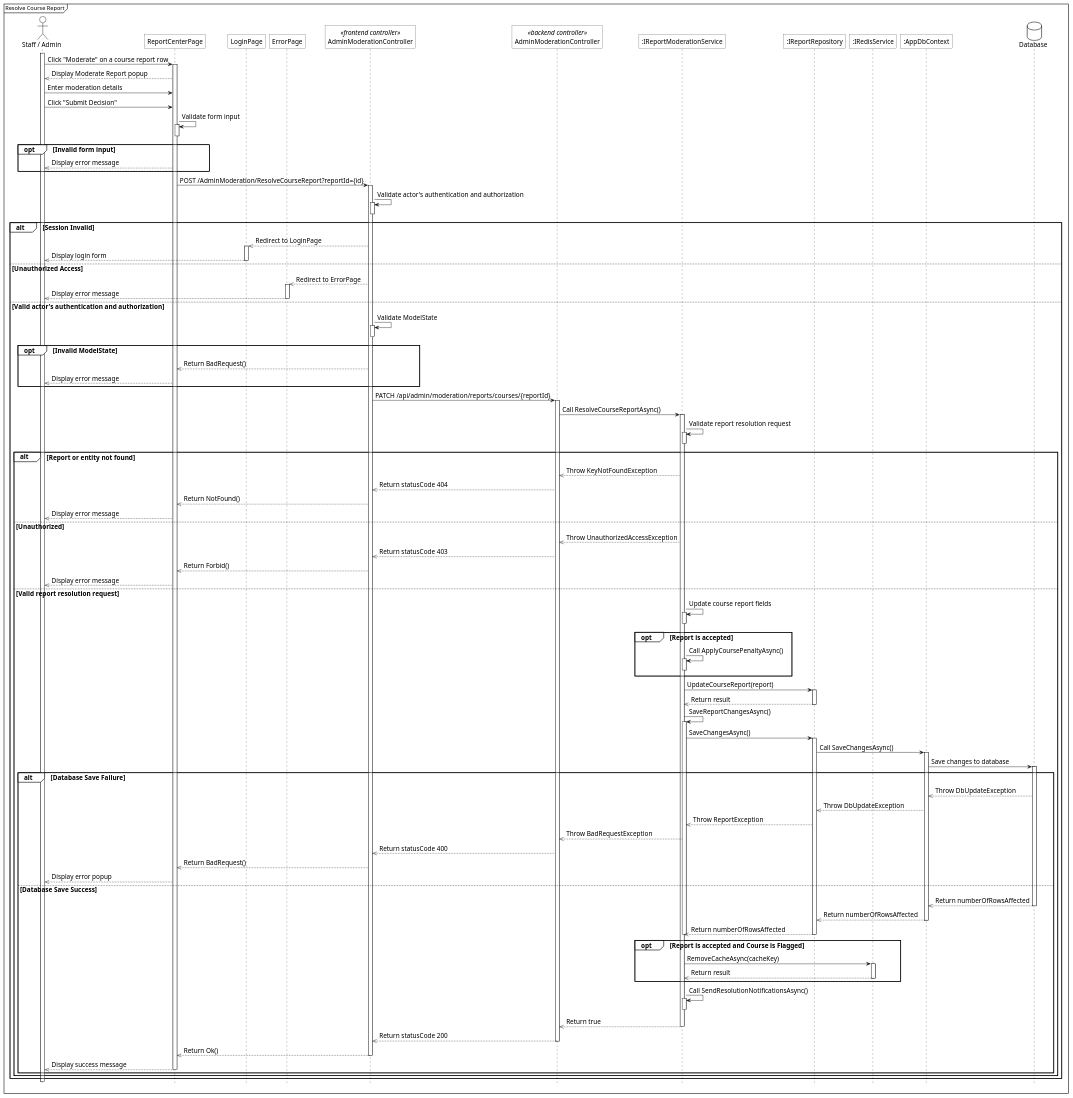
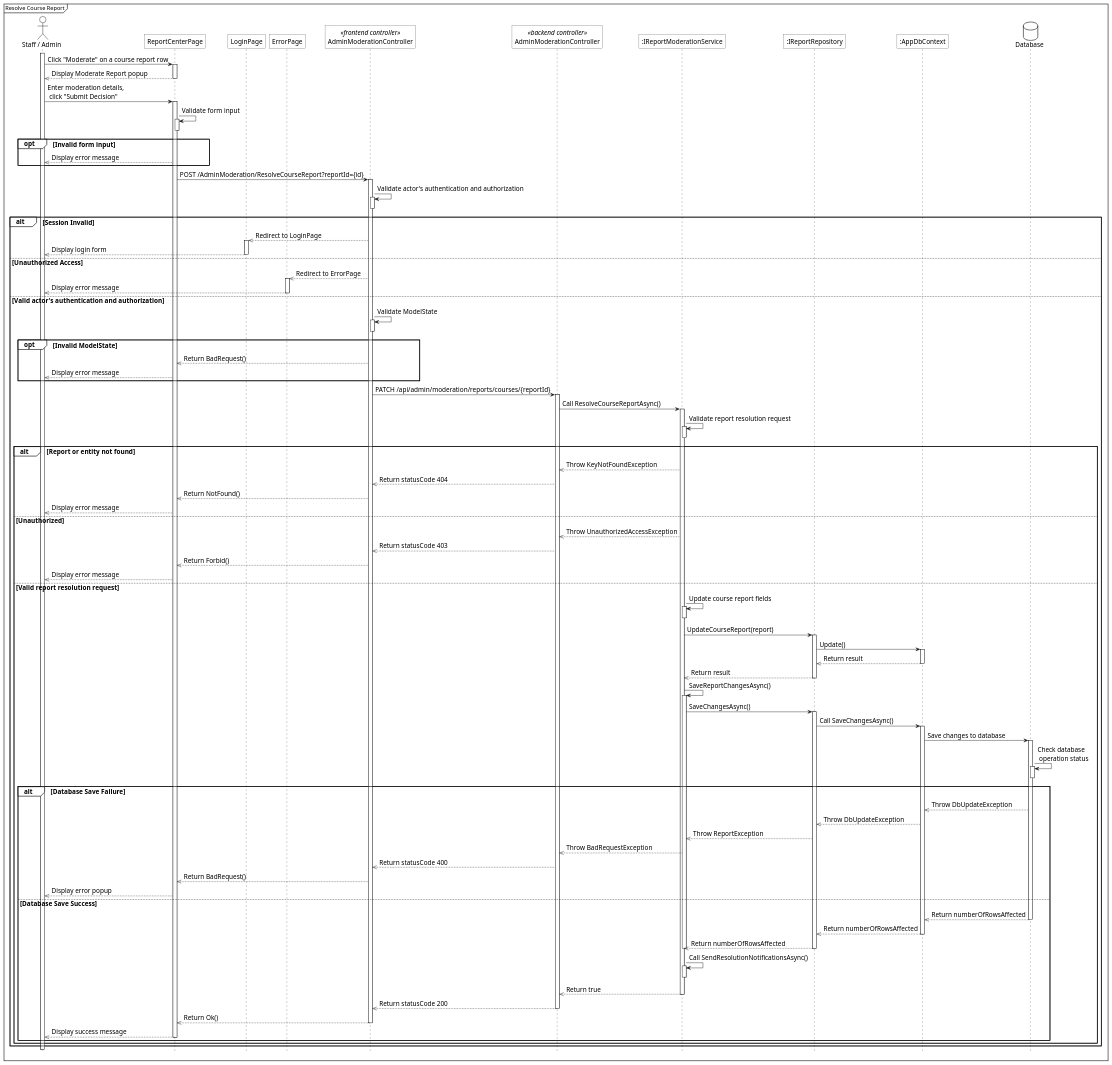
Before and after one commit to 1000do/Linked: the diagram in diagrams/sequence/report/resolve_report/sq_resolve_course_report.plantuml, drawn with PlantUML. The commit also changed 22 other files, not shown here.

Commit message:
update sequence of report, models, publish course

```diff
--- a/diagrams/sequence/report/resolve_report/sq_resolve_course_report.plantuml
+++ b/diagrams/sequence/report/resolve_report/sq_resolve_course_report.plantuml
@@ -1,148 +1,141 @@
 @startuml 
 <style>
     sequenceDiagram{
         FontSize 16
 
         arrow {
             ' Set the maximum width of the text on arrows
             MaximumWidth 300
 
         }
         actor{
             BackgroundColor white
             LineThickness 1.0
         }
         participant{
             BackgroundColor white
             RoundCorner 0
         }
         database{
             BackgroundColor white
         }
         groupHeader{
             BackgroundColor white
         }
         referenceHeader{
             BackgroundColor white
         }
         reference{
             BackgroundColor white
         }
     }
 </style>
 
 hide footbox
 mainframe Resolve Course Report
 
 actor "Staff / Admin" as act
 participant "ReportCenterPage" as view
 participant "LoginPage" as login_view
 participant "ErrorPage" as error_view
 participant "AdminModerationController" as fe_ctrl <<frontend controller>>
 participant "AdminModerationController" as be_ctrl <<backend controller>>
 participant ":IReportModerationService" as sv
 participant ":IReportRepository" as repo
-participant ":IRedisService" as redis
+' participant ":IRedisService" as redis
 participant ":AppDbContext" as ctx
 database Database as db
 
 act ++
 act -> view++: Click "Moderate" on a course report row
-view -->> act: Display Moderate Report popup
-act -> view: Enter moderation details
-act -> view: Click "Submit Decision"
+view -->> act--: Display Moderate Report popup
+act -> view++: Enter moderation details,\n click "Submit Decision"
 
 view -> view++: Validate form input
 view--
 
 opt Invalid form input
     view -->> act: Display error message
 end
 
 view -> fe_ctrl++: POST /AdminModeration/ResolveCourseReport?reportId={id}
 
 fe_ctrl -> fe_ctrl++: Validate actor's authentication and authorization
 fe_ctrl--
 
 alt Session Invalid
     fe_ctrl -->> login_view: Redirect to LoginPage
     activate login_view
     login_view -->> act--: Display login form
 else Unauthorized Access
     fe_ctrl -->> error_view: Redirect to ErrorPage
     activate error_view
     error_view -->> act--: Display error message
 else Valid actor's authentication and authorization
     fe_ctrl -> fe_ctrl++: Validate ModelState
     fe_ctrl--
 
     opt Invalid ModelState
         fe_ctrl -->> view: Return BadRequest()
         view -->> act: Display error message
     end
 
     fe_ctrl -> be_ctrl++: PATCH /api/admin/moderation/reports/courses/{reportId}
 
     be_ctrl -> sv++: Call ResolveCourseReportAsync()
 
     sv -> sv++: Validate report resolution request
     sv--
 
     alt Report or entity not found
         sv -->> be_ctrl: Throw KeyNotFoundException
         be_ctrl -->> fe_ctrl: Return statusCode 404
         fe_ctrl -->> view: Return NotFound()
         view -->> act: Display error message
     else Unauthorized
         sv -->> be_ctrl: Throw UnauthorizedAccessException
         be_ctrl -->> fe_ctrl: Return statusCode 403
         fe_ctrl -->> view: Return Forbid()
         view -->> act: Display error message
     else Valid report resolution request
         sv -> sv++: Update course report fields
         sv--
 
-    opt Report is accepted
-        sv -> sv++: Call ApplyCoursePenaltyAsync()
-        sv--
-    end
-
     sv -> repo++: UpdateCourseReport(report)
+    repo -> ctx++: Update()
+    ctx-->>repo--: Return result
     repo -->> sv--: Return result
 
     sv -> sv++: SaveReportChangesAsync()
     sv -> repo++: SaveChangesAsync()
     repo -> ctx++: Call SaveChangesAsync()
     ctx -> db++: Save changes to database
-
+    db -> db++: Check database\n operation status
+    db--
     alt Database Save Failure
         db -->> ctx: Throw DbUpdateException
         ctx -->> repo: Throw DbUpdateException
         repo -->> sv: Throw ReportException
         sv -->> be_ctrl: Throw BadRequestException
         be_ctrl -->> fe_ctrl: Return statusCode 400
         fe_ctrl -->> view: Return BadRequest()
         view -->> act: Display error popup
     else Database Save Success
         db -->> ctx--: Return numberOfRowsAffected
         ctx -->> repo--: Return numberOfRowsAffected
         repo -->> sv--: Return numberOfRowsAffected
         sv--
 
-        opt Report is accepted and Course is Flagged
-            sv -> redis++: RemoveCacheAsync(cacheKey)
-            redis -->> sv--: Return result
-        end
-
+       
         sv -> sv++: Call SendResolutionNotificationsAsync()
         sv--
 
         sv -->> be_ctrl--: Return true
         be_ctrl -->> fe_ctrl--: Return statusCode 200
         fe_ctrl -->> view--: Return Ok()
 
         view -->> act--: Display success message
         end
     end
 end
 @enduml
```
